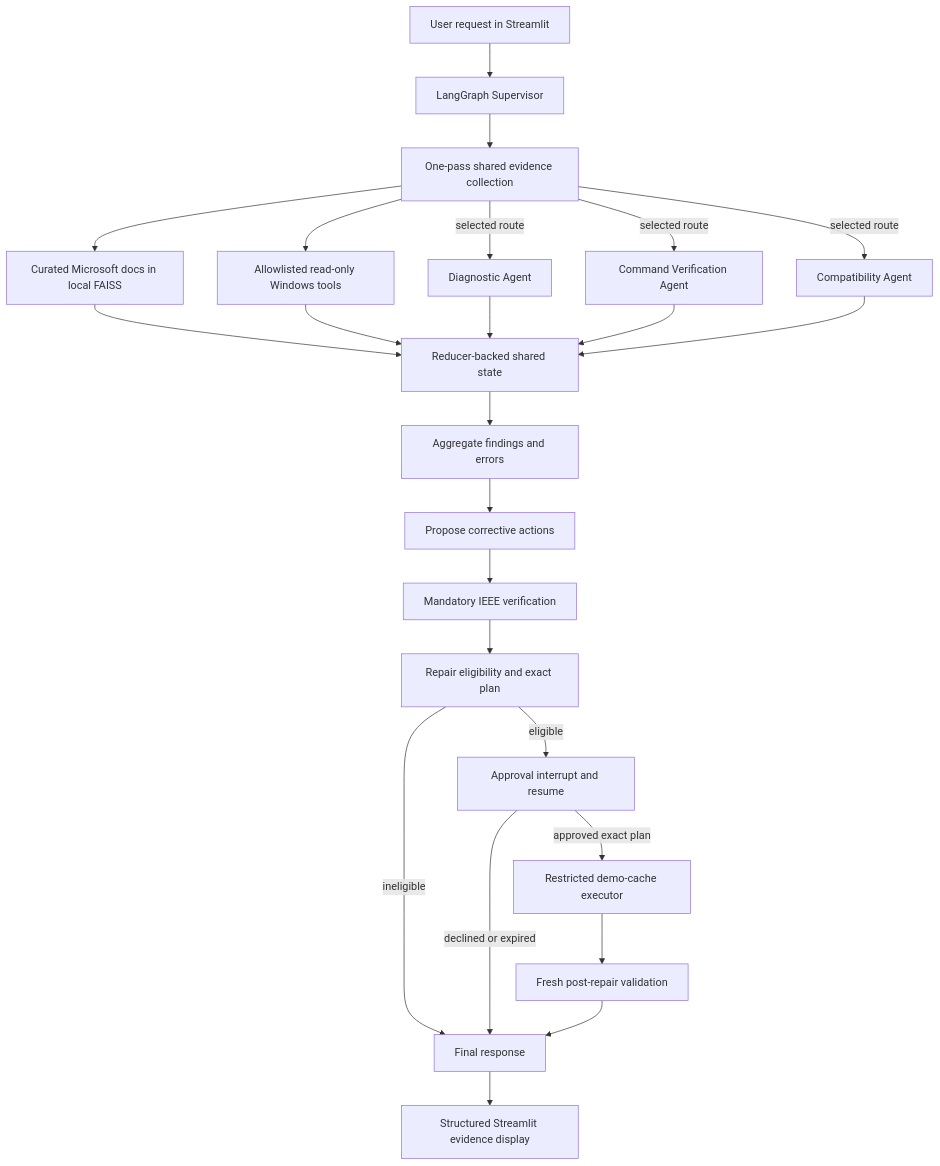
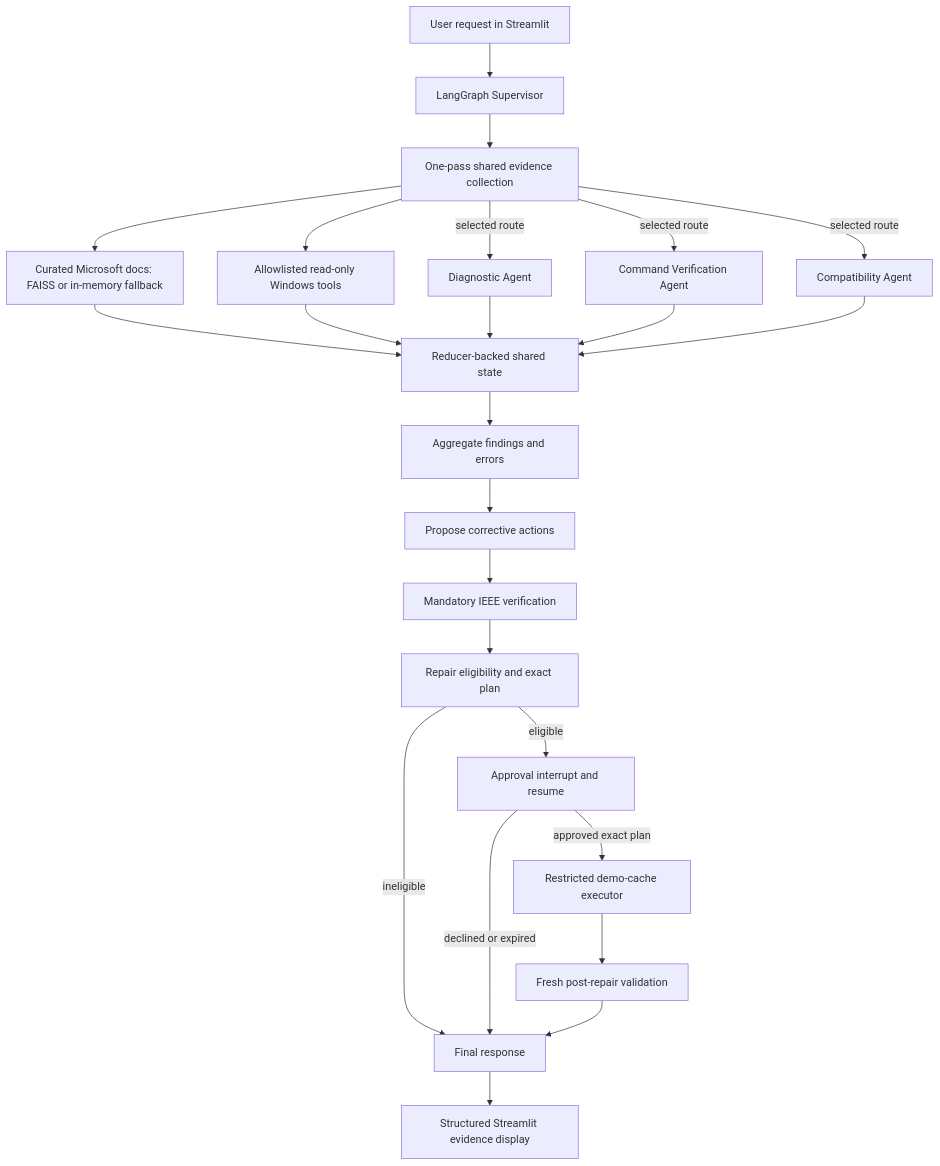
Before and after one commit to Vageesh686/osguard-ai: the diagram in docs/ARCHITECTURE.md, drawn with Mermaid. The commit also changed other lines of this file and 10 other files, not shown here.

````diff
--- a/docs/ARCHITECTURE.md
+++ b/docs/ARCHITECTURE.md
@@ -12,26 +12,26 @@
 ```mermaid
 flowchart TD
     U[User request in Streamlit] --> S[LangGraph Supervisor]
     S --> E[One-pass shared evidence collection]
-    E --> R[Curated Microsoft docs in local FAISS]
+    E --> R[Curated Microsoft docs: FAISS or in-memory fallback]
     E --> T[Allowlisted read-only Windows tools]
     R --> X[Reducer-backed shared state]
     T --> X
     E -->|selected route| D[Diagnostic Agent]
     E -->|selected route| C[Command Verification Agent]
     E -->|selected route| K[Compatibility Agent]
     D --> X
     C --> X
     K --> X
     X --> A[Aggregate findings and errors]
     A --> P[Propose corrective actions]
     P --> I[Mandatory IEEE verification]
     I --> P5[Repair eligibility and exact plan]
     P5 -->|ineligible| F[Final response]
     P5 -->|eligible| AP[Approval interrupt and resume]
     AP -->|declined or expired| F
     AP -->|approved exact plan| EX[Restricted demo-cache executor]
     EX --> V[Fresh post-repair validation]
     V --> F
     F --> UI[Structured Streamlit evidence display]
 ```
````
